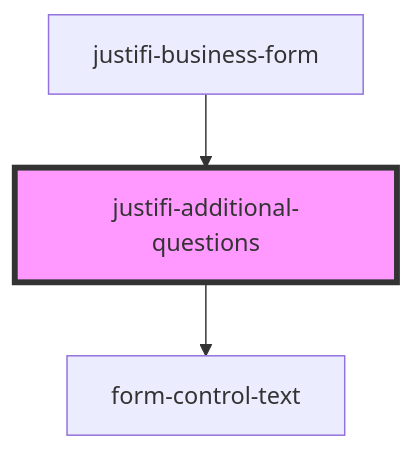
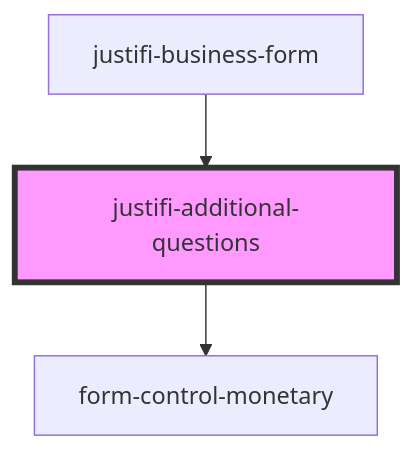
One commit to justifi-tech/web-component-library changed the diagram in stencil-library/src/components/business-form/additional-questions/readme.md. Above: the diagram before and after it, drawn with Mermaid. The commit also changed other lines of this file and 18 other files, not shown here.

````diff
--- a/stencil-library/src/components/business-form/additional-questions/readme.md
+++ b/stencil-library/src/components/business-form/additional-questions/readme.md
@@ -26,6 +26,6 @@
 ```mermaid
 graph TD;
-  justifi-additional-questions --> form-control-text
+  justifi-additional-questions --> form-control-monetary
   justifi-business-form --> justifi-additional-questions
   style justifi-additional-questions fill:#f9f,stroke:#333,stroke-width:4px
 ```
````
